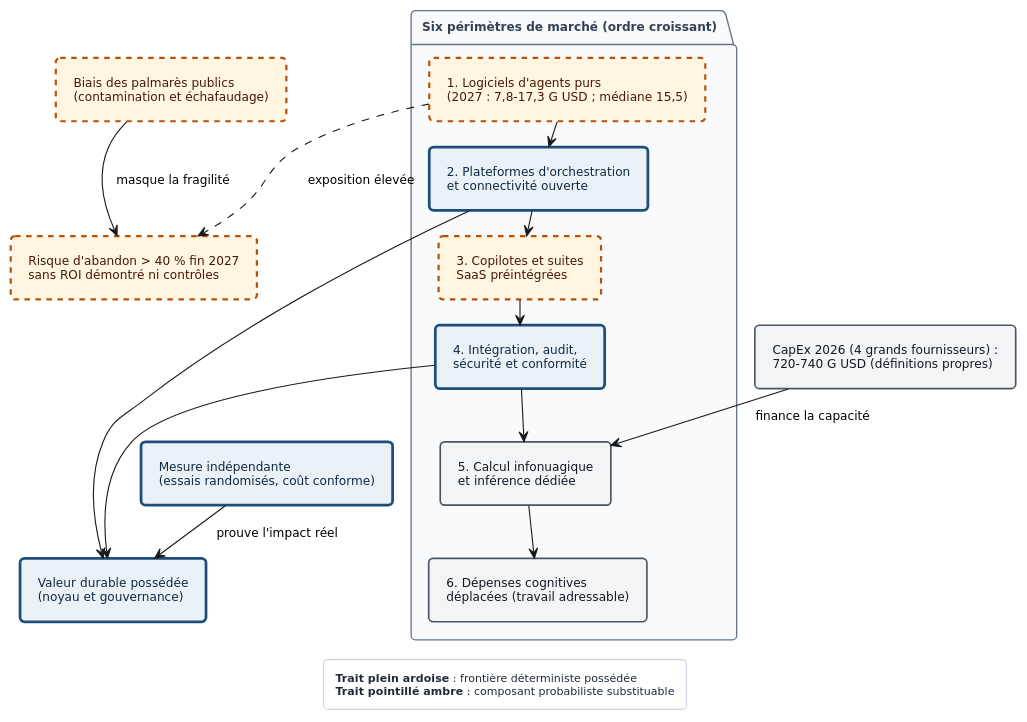
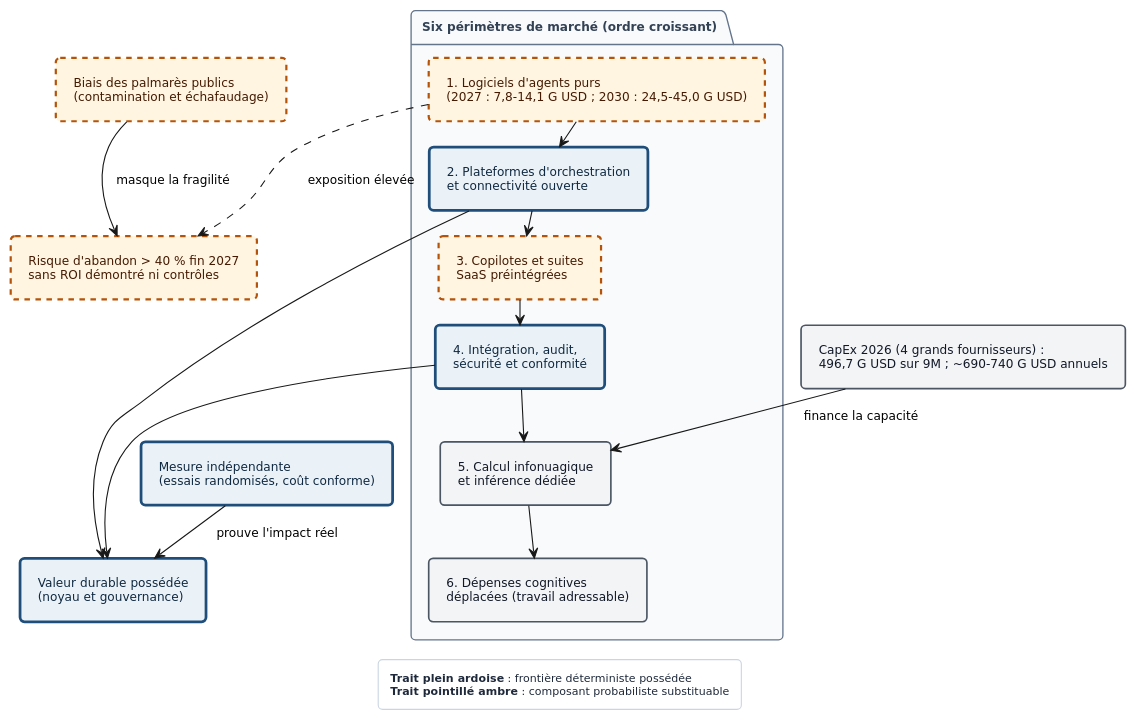
Before and after one commit to agbruneau/Agentique: the diagram in 7 - Livre 2027/diagrammes/Fig-03.puml, drawn with PlantUML. The commit also changed 17 other files, not shown here.

```diff
--- a/7 - Livre 2027/diagrammes/Fig-03.puml
+++ b/7 - Livre 2027/diagrammes/Fig-03.puml
@@ -1,83 +1,83 @@
 @startuml
 <style>
 document {
   BackgroundColor #FFFFFF
 }
 .det {
   BackgroundColor #EBF2F7
   LineColor #1E4E79
   LineThickness 2.5
   FontColor #0F2942
 }
 .prob {
   BackgroundColor #FFF5E0
   LineColor #B45309
   LineThickness 2.0
   LineStyle 5
   FontColor #451A03
 }
 .ext {
   BackgroundColor #F3F4F6
   LineColor #4B5563
   LineThickness 1.5
   FontColor #111827
 }
 package {
   BackgroundColor #F8FAFC
   LineColor #64748B
   LineThickness 1.2
   FontColor #334155
 }
 legend {
   BackgroundColor #FFFFFF
   LineColor #CBD5E1
   FontColor #1E293B
   FontSize 10
 }
 </style>
 hide stereotype
 top to bottom direction
 skinparam defaultFontName "DejaVu Sans"
 skinparam defaultFontSize 11
 skinparam shadowing false
 skinparam roundcorner 8
 skinparam nodesep 16
 skinparam ranksep 22
 skinparam padding 6
 
 package "Six périmètres de marché (ordre croissant)" {
-  rectangle "1. Logiciels d'agents purs\n(2027 : 7,8–17,3 G USD ; médiane 15,5)" as P1 <<prob>>
+  rectangle "1. Logiciels d'agents purs\n(2027 : 7,8–14,1 G USD ; 2030 : 24,5–45,0 G USD)" as P1 <<prob>>
   rectangle "2. Plateformes d'orchestration\net connectivité ouverte" as P2 <<det>>
   rectangle "3. Copilotes et suites\nSaaS préintégrées" as P3 <<prob>>
   rectangle "4. Intégration, audit,\nsécurité et conformité" as P4 <<det>>
   rectangle "5. Calcul infonuagique\net inférence dédiée" as P5 <<ext>>
   rectangle "6. Dépenses cognitives\ndéplacées (travail adressable)" as P6 <<ext>>
 }
 
-rectangle "CapEx 2026 (4 grands fournisseurs) :\n720–740 G USD (définitions propres)" as CAPEX <<ext>>
+rectangle "CapEx 2026 (4 grands fournisseurs) :\n496,7 G USD sur 9M ; ~690–740 G USD annuels" as CAPEX <<ext>>
 rectangle "Biais des palmarès publics\n(contamination et échafaudage)" as BANC <<prob>>
 rectangle "Risque d'abandon > 40 % fin 2027\nsans ROI démontré ni contrôles" as ABANDON <<prob>>
 rectangle "Mesure indépendante\n(essais randomisés, coût conforme)" as RCT <<det>>
 rectangle "Valeur durable possédée\n(noyau et gouvernance)" as VAL <<det>>
 
 P1 -down-> P2
 P2 -down-> P3
 P3 -down-> P4
 P4 -down-> P5
 P5 -down-> P6
 CAPEX --> P5 : finance la capacité
 BANC --> ABANDON : masque la fragilité
 P1 ..> ABANDON : exposition élevée
 RCT --> VAL : prouve l'impact réel
 P2 --> VAL
 P4 --> VAL
 
 P1 -[hidden]right-> BANC
 P3 -[hidden]right-> ABANDON
 P5 -[hidden]right-> RCT
 
 legend bottom
   **Trait plein ardoise** : frontière déterministe possédée
   **Trait pointillé ambre** : composant probabiliste substituable
 end legend
 @enduml
```
